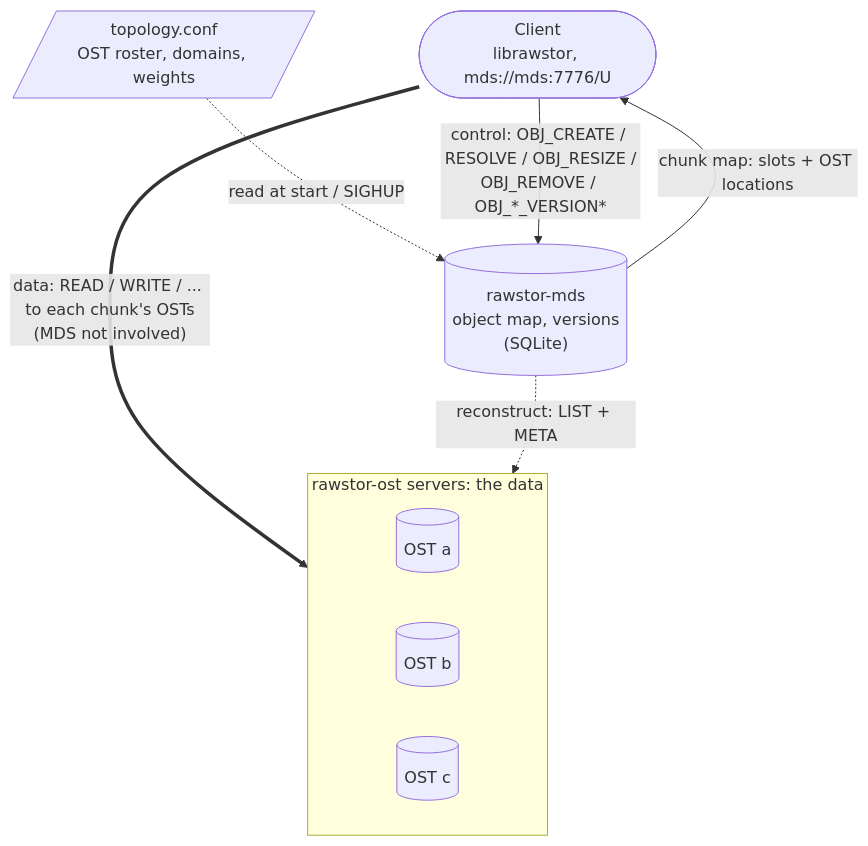
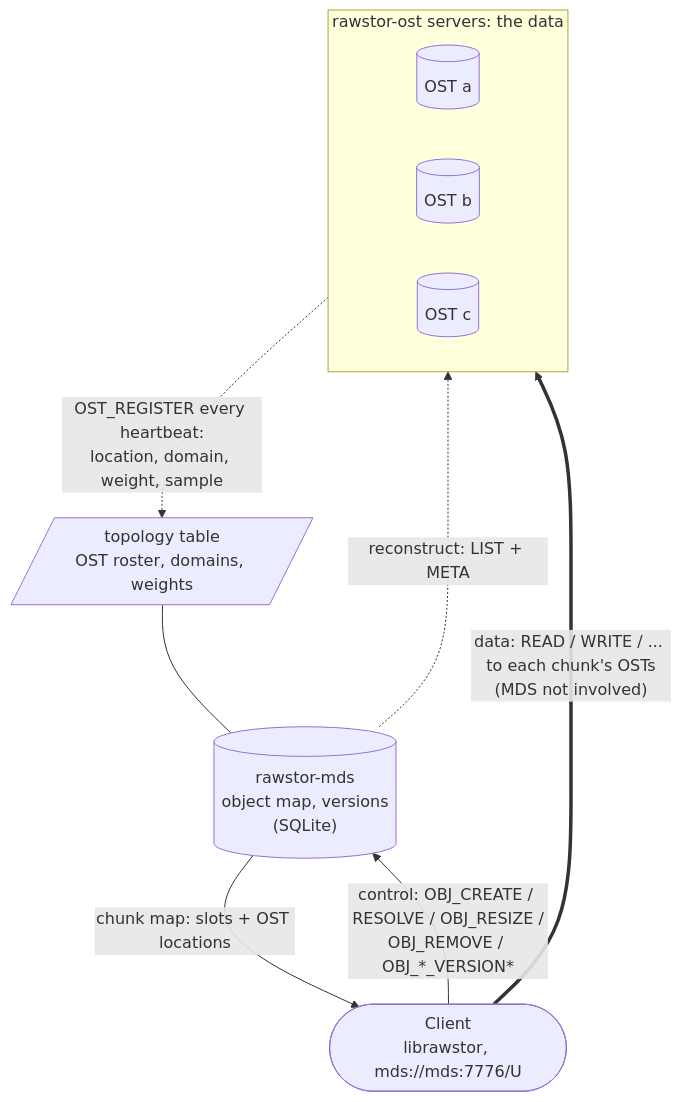
The first of 7 diagrams in docs/mds.md (rawstor/librawstor), drawn with Mermaid before and after one commit. The commit also changed other lines of this file and 61 other files, not shown here.

````diff
--- a/docs/mds.md
+++ b/docs/mds.md
@@ -65,18 +66,19 @@
 ```mermaid
 flowchart TB
     Client(["Client<br/>librawstor, mds://mds:7776/U"])
     MDS[("rawstor-mds<br/>object map, versions<br/>(SQLite)")]
-    Topo[/"topology.conf<br/>OST roster, domains, weights"/]
+    Topo[/"topology table<br/>OST roster, domains, weights"/]
     subgraph OSTs ["rawstor-ost servers: the data"]
         direction LR
         A[("OST a")]
         B[("OST b")]
         C[("OST c")]
     end
 
-    Topo -. "read at start / SIGHUP" .-> MDS
+    OSTs -. "OST_REGISTER every heartbeat:<br/>location, domain, weight, sample" .-> Topo
+    Topo --- MDS
     Client -- "control: OBJ_CREATE / RESOLVE / OBJ_RESIZE /<br/>OBJ_REMOVE / OBJ_*_VERSION*" --> MDS
     MDS -- "chunk map: slots + OST locations" --> Client
     Client == "data: READ / WRITE / ... to each chunk's OSTs<br/>(MDS not involved)" ==> OSTs
     MDS -. "reconstruct: LIST + META" .-> OSTs
 ```
````
